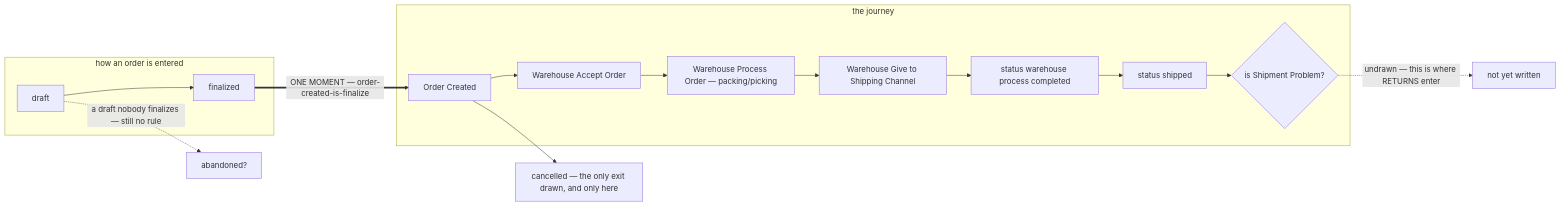
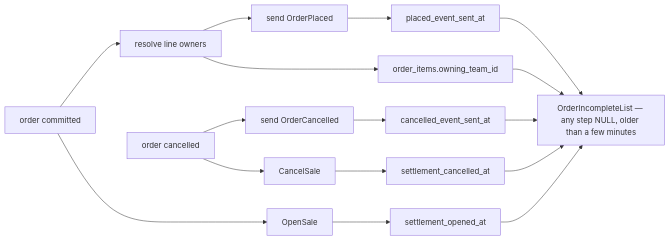
The third of 6 diagrams in docs/business/order/context_clarify.md (pdcgo/warehouse_revamp), drawn with Mermaid before and after one commit. The commit also changed other lines of this file and 24 other files, not shown here.

````diff
--- a/docs/business/order/context_clarify.md
+++ b/docs/business/order/context_clarify.md
@@ -212,18 +88,18 @@
 ```mermaid
 flowchart LR
-  subgraph "how an order is entered"
-    D["draft"] --> F["finalized"]
-  end
-  subgraph "the journey"
-    C["Order Created"] --> A["Warehouse Accept Order"]
-    A --> P["Warehouse Process Order — packing/picking"]
-    P --> G["Warehouse Give to Shipping Channel"]
-    G --> W["status warehouse process completed"]
-    W --> S["status shipped"]
-    S --> Q{"is Shipment Problem?"}
-  end
-  F ==>|"ONE MOMENT — order-created-is-finalize"| C
-  C --> X["cancelled — the only exit drawn, and only here"]
-  Q -.->|"undrawn — this is where RETURNS enter"| Z["not yet written"]
-  D -.->|"a draft nobody finalizes — still no rule"| Y["abandoned?"]
+  C["order committed"] --> E3["resolve line owners"]
+  E3 --> E1["send OrderPlaced"]
+  E1 --> S1["placed_event_sent_at"]
+  E3 --> S3["order_items.owning_team_id"]
+  C --> E2["OpenSale"]
+  E2 --> S2["settlement_opened_at"]
+  X["order cancelled"] --> E4["send OrderCancelled"]
+  E4 --> S4["cancelled_event_sent_at"]
+  X --> E5["CancelSale"]
+  E5 --> S5["settlement_cancelled_at"]
+  S1 --> F["OrderIncompleteList — any step NULL, older than a few minutes"]
+  S2 --> F
+  S3 --> F
+  S4 --> F
+  S5 --> F
 ```
````
